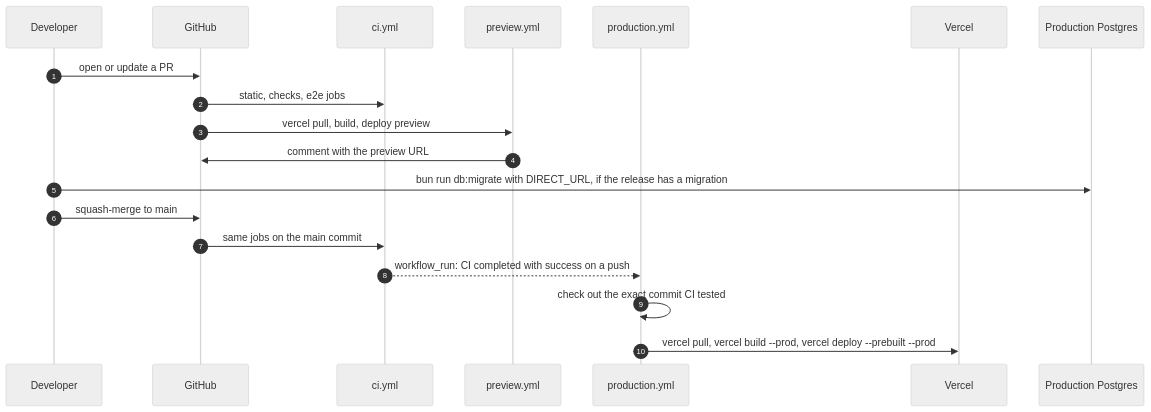
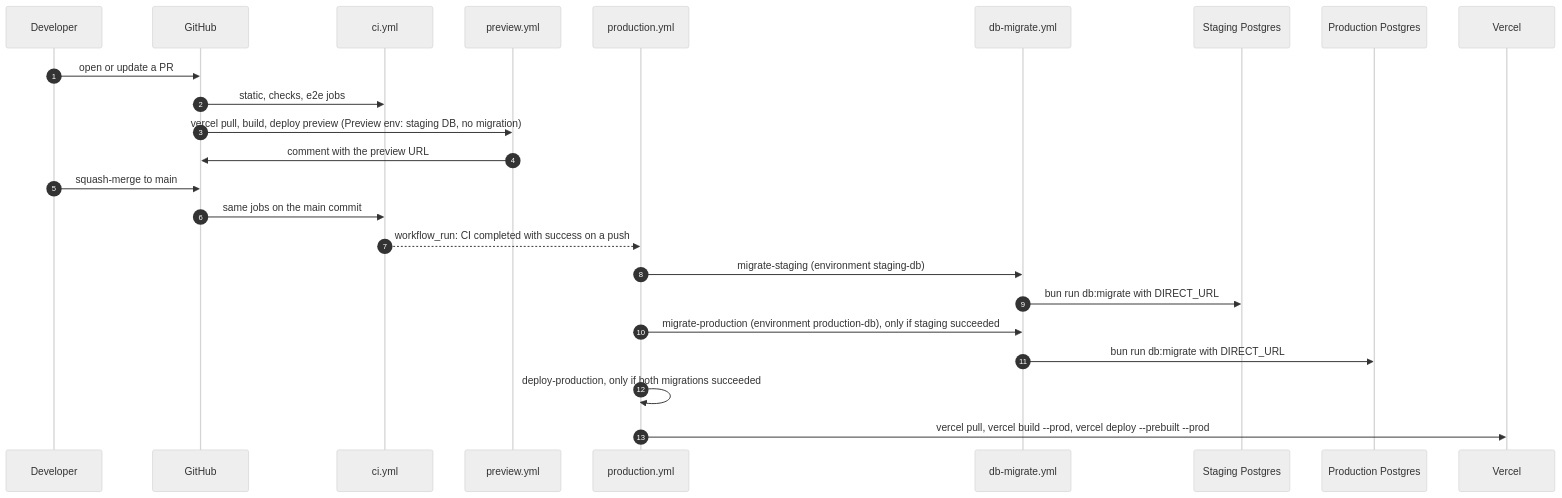
One commit to bhimrazy/receipt-ocr-app changed the first of 4 diagrams in docs/architecture/flows/deployment.md. Above: the diagram before and after it, drawn with Mermaid (neutral theme). The commit also changed other lines of this file and 5 other files, not shown here.

First line of the commit message:
docs: CI migrations, staging and previews

````diff
--- a/docs/architecture/flows/deployment.md
+++ b/docs/architecture/flows/deployment.md
@@ -8,22 +8,27 @@
 ```mermaid
 sequenceDiagram
   autonumber
   participant Dev as Developer
   participant GH as GitHub
   participant CI as ci.yml
   participant PV as preview.yml
   participant PR as production.yml
+  participant M as db-migrate.yml
+  participant SDB as Staging Postgres
+  participant DB as Production Postgres
   participant V as Vercel
-  participant DB as Production Postgres
 
   Dev->>GH: open or update a PR
   GH->>CI: static, checks, e2e jobs
-  GH->>PV: vercel pull, build, deploy preview
+  GH->>PV: vercel pull, build, deploy preview (Preview env: staging DB, no migration)
   PV->>GH: comment with the preview URL
-  Dev->>DB: bun run db:migrate with DIRECT_URL, if the release has a migration
   Dev->>GH: squash-merge to main
   GH->>CI: same jobs on the main commit
   CI-->>PR: workflow_run: CI completed with success on a push
-  PR->>PR: check out the exact commit CI tested
+  PR->>M: migrate-staging (environment staging-db)
+  M->>SDB: bun run db:migrate with DIRECT_URL
+  PR->>M: migrate-production (environment production-db), only if staging succeeded
+  M->>DB: bun run db:migrate with DIRECT_URL
+  PR->>PR: deploy-production, only if both migrations succeeded
   PR->>V: vercel pull, vercel build --prod, vercel deploy --prebuilt --prod
 ```
````
